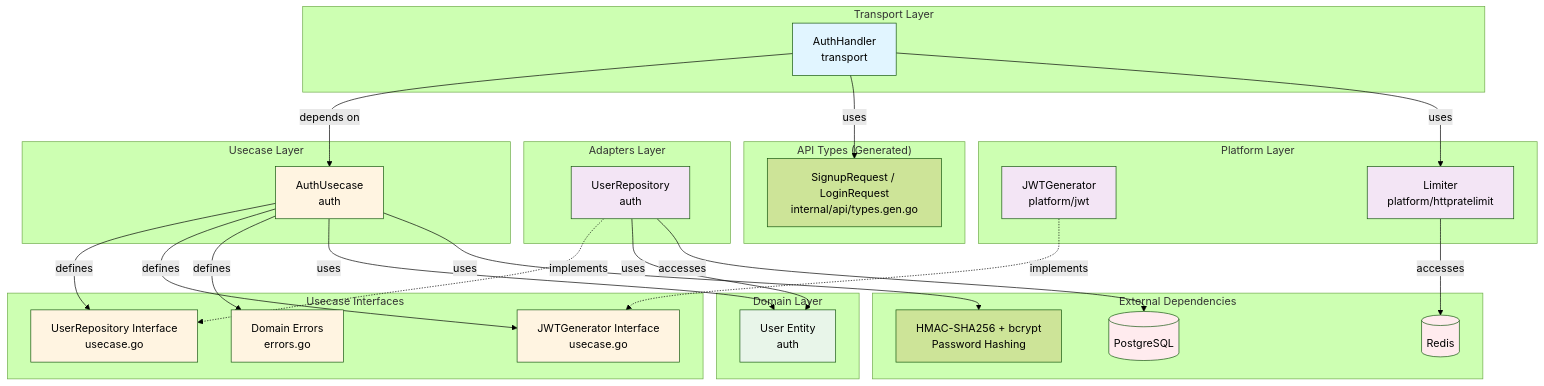
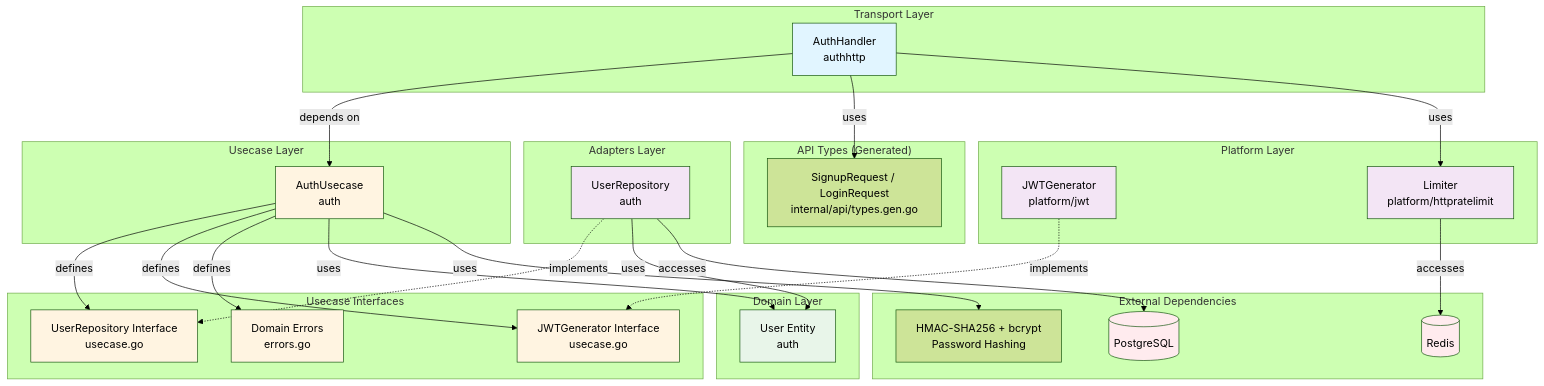
The sixth of 6 diagrams in internal/feature/auth/README.md (UCHIDAnobuhiro/stock_backend), drawn with Mermaid (forest theme) before and after one commit. The commit also changed other lines of this file and 9 other files, not shown here.

````diff
--- a/internal/feature/auth/README.md
+++ b/internal/feature/auth/README.md
@@ -424,65 +424,65 @@
 ```mermaid
 graph TB
     subgraph "Transport Layer"
-        Handler[AuthHandler<br/>transport]
+        Handler[AuthHandler<br/>authhttp]
     end
 
     subgraph "API Types (Generated)"
         APITypes[SignupRequest / LoginRequest<br/>internal/api/types.gen.go]
     end
 
     subgraph "Usecase Layer"
         Usecase[AuthUsecase<br/>auth]
     end
 
     subgraph "Domain Layer"
         Entity[User Entity<br/>auth]
     end
 
     subgraph "Usecase Interfaces"
         RepoInterface[UserRepository Interface<br/>usecase.go]
         JWTInterface[JWTGenerator Interface<br/>usecase.go]
         Errors[Domain Errors<br/>errors.go]
     end
 
     subgraph "Adapters Layer"
         RepoImpl[UserRepository<br/>auth]
     end
 
     subgraph "Platform Layer"
         JWTImpl[JWTGenerator<br/>platform/jwt]
         RateLimiter[Limiter<br/>platform/httpratelimit]
     end
 
     subgraph "External Dependencies"
         DB[(PostgreSQL)]
         BCrypt[HMAC-SHA256 + bcrypt<br/>Password Hashing]
         Redis[(Redis)]
     end
 
     Handler -->|depends on| Usecase
     Handler -->|uses| APITypes
     Handler -->|uses| RateLimiter
     Usecase -->|defines| RepoInterface
     Usecase -->|defines| JWTInterface
     Usecase -->|defines| Errors
     Usecase -->|uses| Entity
     Usecase -->|uses| BCrypt
     RepoImpl -.->|implements| RepoInterface
     RepoImpl -->|uses| Entity
     RepoImpl -->|accesses| DB
     JWTImpl -.->|implements| JWTInterface
     RateLimiter -->|accesses| Redis
 
     style Handler fill:#e1f5ff
     style Usecase fill:#fff4e1
     style Entity fill:#e8f5e9
     style RepoInterface fill:#fff4e1
     style JWTInterface fill:#fff4e1
     style Errors fill:#fff4e1
     style RepoImpl fill:#f3e5f5
     style JWTImpl fill:#f3e5f5
     style RateLimiter fill:#f3e5f5
     style DB fill:#ffebee
     style Redis fill:#ffebee
 ```
````
